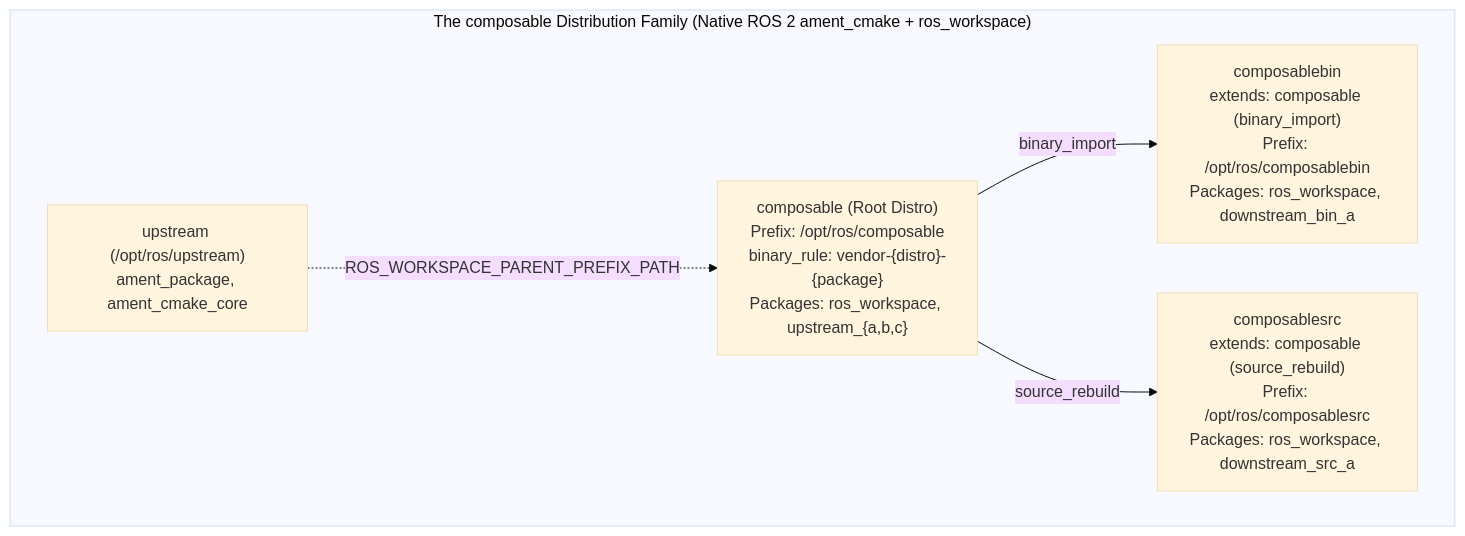
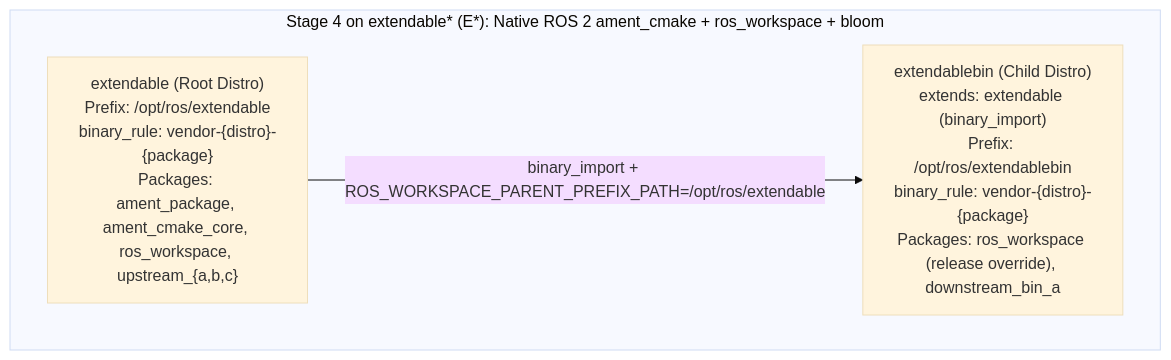
Before and after one commit to KmoM88/rep159-testing: the diagram in STAGE4_COMPOSABLE_WORKSPACE_PLAN.md, drawn with Mermaid (base theme). The commit also changed other lines of this file and 10 other files, not shown here.

Commit message:
docs: unify Stage 4 & 5 under extendable* (E*), rename stage branches, and record build.test.ros2.org results

````diff
--- a/STAGE4_COMPOSABLE_WORKSPACE_PLAN.md
+++ b/STAGE4_COMPOSABLE_WORKSPACE_PLAN.md
@@ -9,12 +9,10 @@
 ```mermaid
 graph TD
-    subgraph ComposableSuite ["The composable Distribution Family (Native ROS 2 ament_cmake + ros_workspace)"]
-        U["upstream (/opt/ros/upstream)<br/>ament_package, ament_cmake_core"] -.->|ROS_WORKSPACE_PARENT_PREFIX_PATH| C["composable (Root Distro)<br/>Prefix: /opt/ros/composable<br/>binary_rule: vendor-{distro}-{package}<br/>Packages: ros_workspace, upstream_{a,b,c}"]
+    subgraph ExtendableStage4 ["Stage 4 on extendable* (E*): Native ROS 2 ament_cmake + ros_workspace + bloom"]
+        E["extendable (Root Distro)<br/>Prefix: /opt/ros/extendable<br/>binary_rule: vendor-{distro}-{package}<br/>Packages: ament_package, ament_cmake_core, ros_workspace, upstream_{a,b,c}"]
         
-        CB["composablebin<br/>extends: composable (binary_import)<br/>Prefix: /opt/ros/composablebin<br/>Packages: ros_workspace, downstream_bin_a"]
-        CS["composablesrc<br/>extends: composable (source_rebuild)<br/>Prefix: /opt/ros/composablesrc<br/>Packages: ros_workspace, downstream_src_a"]
+        EB["extendablebin (Child Distro)<br/>extends: extendable (binary_import)<br/>Prefix: /opt/ros/extendablebin<br/>binary_rule: vendor-{distro}-{package}<br/>Packages: ros_workspace (release override), downstream_bin_a"]
         
-        C -->|binary_import| CB
-        C -->|source_rebuild| CS
+        E -->|"binary_import + ROS_WORKSPACE_PARENT_PREFIX_PATH=/opt/ros/extendable"| EB
     end
 ```
````
